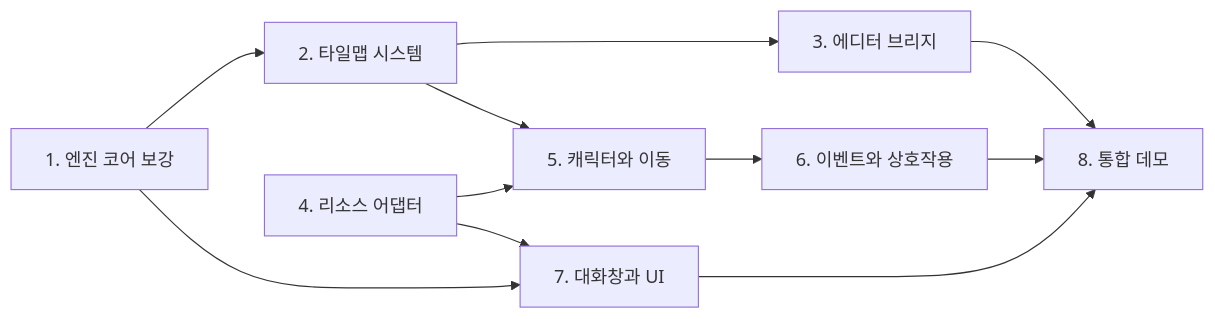
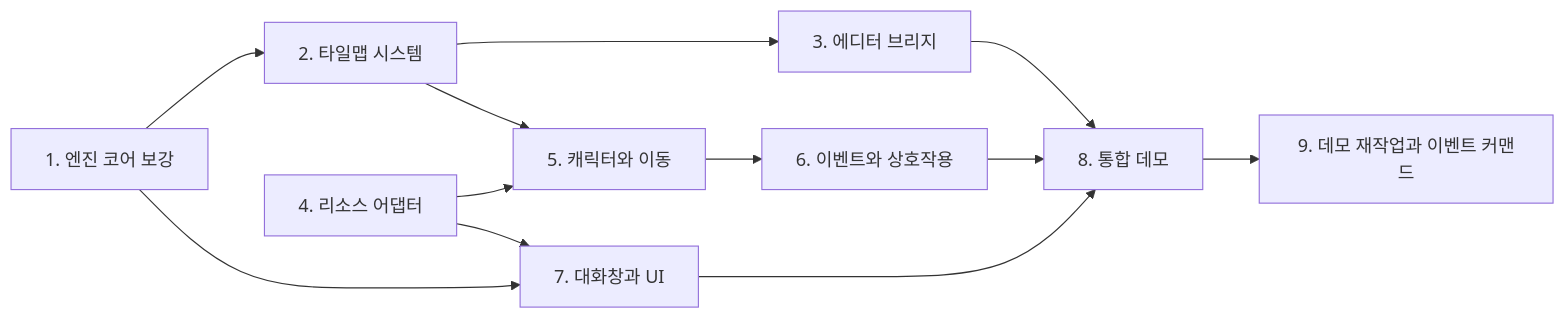
The diagram in docs/plans/index.md (biud436/Initial2D), drawn with Mermaid before and after one commit. The commit also changed other lines of this file and 3 other files, not shown here.

````diff
--- a/docs/plans/index.md
+++ b/docs/plans/index.md
@@ -53,13 +53,14 @@
 ```mermaid
 graph LR
     P1[1. 엔진 코어 보강] --> P2[2. 타일맵 시스템]
     P2 --> P3[3. 에디터 브리지]
     P4[4. 리소스 어댑터] --> P5[5. 캐릭터와 이동]
     P2 --> P5
     P5 --> P6[6. 이벤트와 상호작용]
     P1 --> P7[7. 대화창과 UI]
     P4 --> P7
     P6 --> P8[8. 통합 데모]
     P7 --> P8
     P3 --> P8
+    P8 --> P9[9. 데모 재작업과 이벤트 커맨드]
 ```
````
